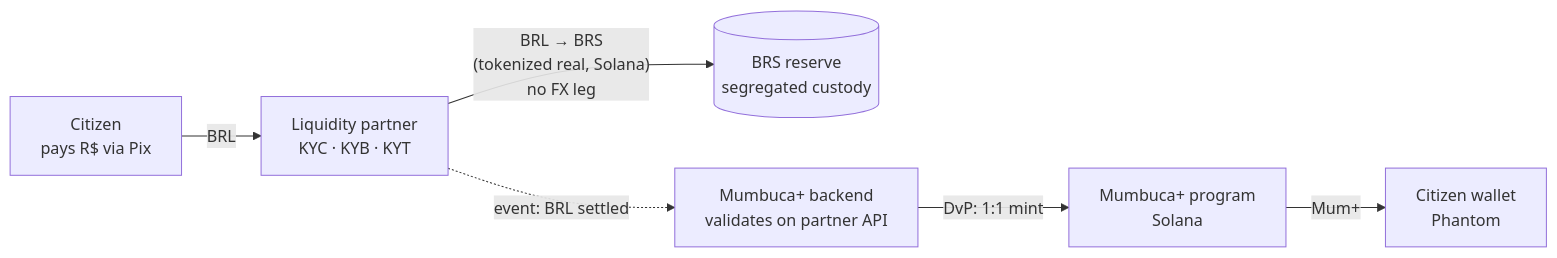
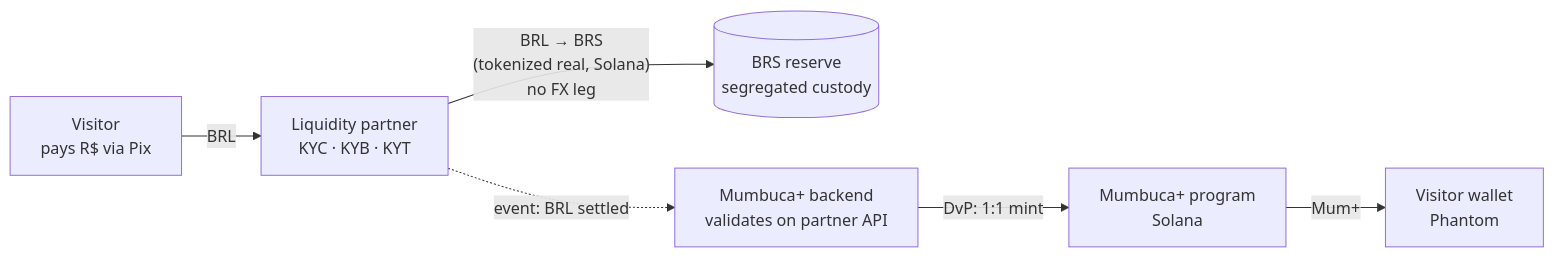
The first of 4 diagrams in README.en.md (Peragus01/Mumbuca-plus), drawn with Mermaid before and after one commit. The commit also changed other lines of this file and 1 other file, not shown here.

Commit message:
docs: align READMEs with the visitor audience (benefits in Maricá, profit to culture)

````diff
--- a/README.en.md
+++ b/README.en.md
@@ -58,8 +70,8 @@
 ```mermaid
 flowchart LR
-    A["Citizen<br/>pays R$ via Pix"] -->|BRL| B["Liquidity partner<br/>KYC · KYB · KYT"]
+    A["Visitor<br/>pays R$ via Pix"] -->|BRL| B["Liquidity partner<br/>KYC · KYB · KYT"]
     B -->|"BRL → BRS<br/>(tokenized real, Solana)<br/>no FX leg"| C[("BRS reserve<br/>segregated custody")]
     B -.->|"event: BRL settled"| D["Mumbuca+ backend<br/>validates on partner API"]
     D -->|"DvP: 1:1 mint"| E["Mumbuca+ program<br/>Solana"]
-    E -->|"Mum+"| F["Citizen wallet<br/>Phantom"]
+    E -->|"Mum+"| F["Visitor wallet<br/>Phantom"]
 ```
````
